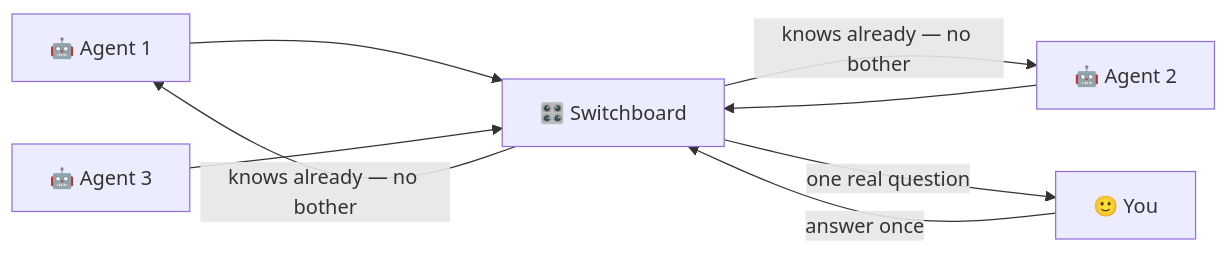
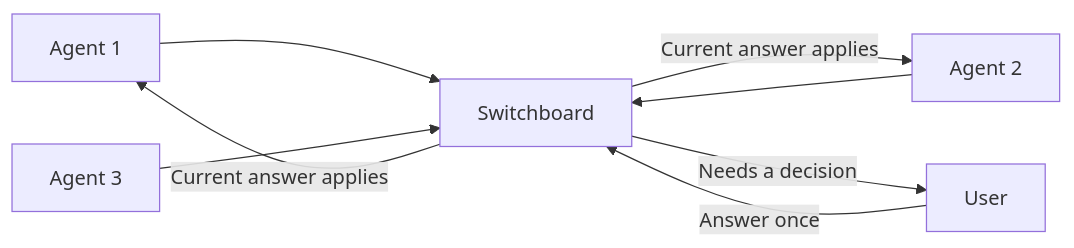
One commit to KanishkNoir/SwitchBoard changed the second of 7 diagrams in README.md. Above: the diagram before and after it, drawn with Mermaid. The commit also changed other lines of this file and 9 other files, not shown here.

````diff
--- a/README.md
+++ b/README.md
@@ -32,10 +22,10 @@
 ```mermaid
 flowchart LR
-    A[🤖 Agent 1] --> S
-    B[🤖 Agent 2] --> S
-    C[🤖 Agent 3] --> S
-    S[🎛️ Switchboard] -->|knows already — no bother| A
-    S -->|knows already — no bother| B
-    S -->|one real question| Y[🙂 You]
-    Y -->|answer once| S
+    A[Agent 1] --> S[Switchboard]
+    B[Agent 2] --> S
+    C[Agent 3] --> S
+    S -->|Current answer applies| A
+    S -->|Current answer applies| B
+    S -->|Needs a decision| Y[User]
+    Y -->|Answer once| S
 ```
````
